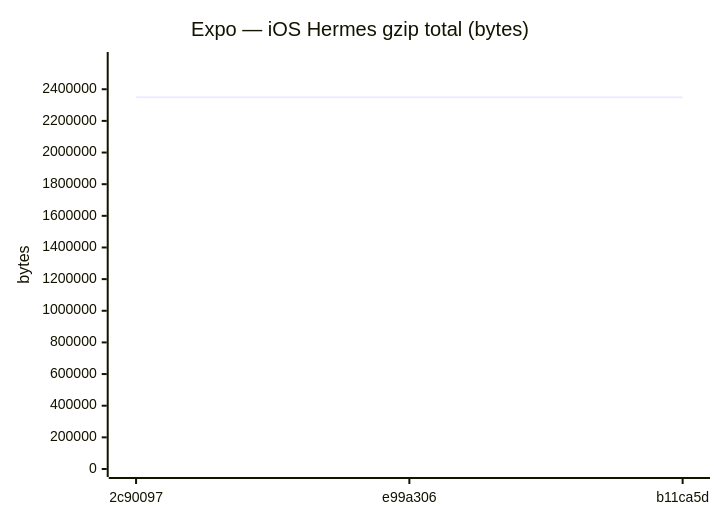
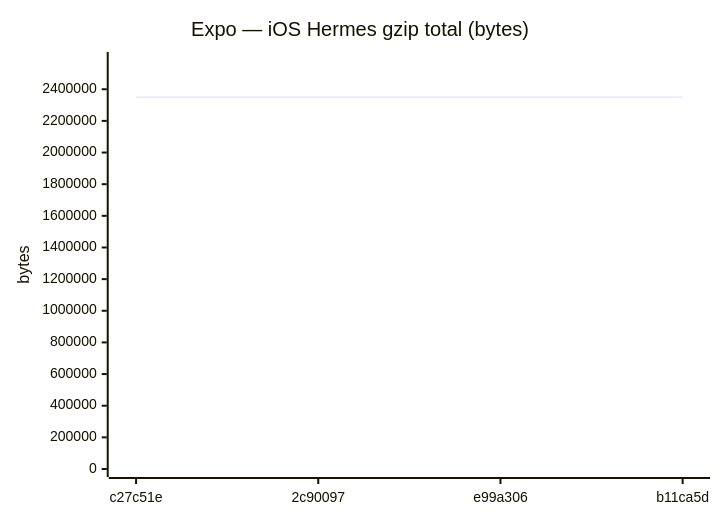
Before and after one commit to Metaheurist/Rianell: the eighth of 24 diagrams in benchmarks/compare.md, drawn with Mermaid. The commit also changed other lines of this file and 12 other files, not shown here.

````diff
--- a/benchmarks/compare.md
+++ b/benchmarks/compare.md
@@ -95,7 +99,7 @@
 ```mermaid
 xychart-beta
     title "Expo — iOS Hermes gzip total (bytes)"
-    x-axis ["2c90097", "e99a306", "b11ca5d"]
+    x-axis ["c27c51e", "2c90097", "e99a306", "b11ca5d"]
     y-axis "bytes" 0 --> 2584856
-    line [2349868, 2349869, 2349865]
+    line [2349864, 2349868, 2349869, 2349865]
 ```
````
